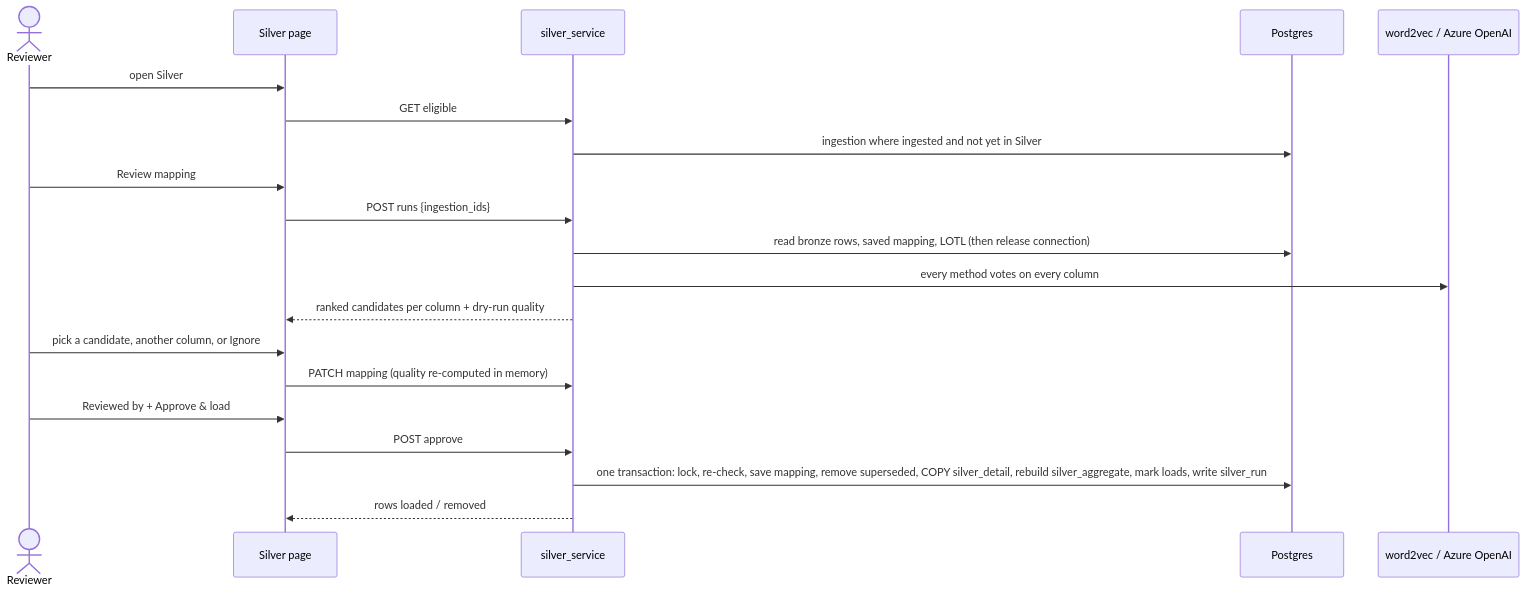
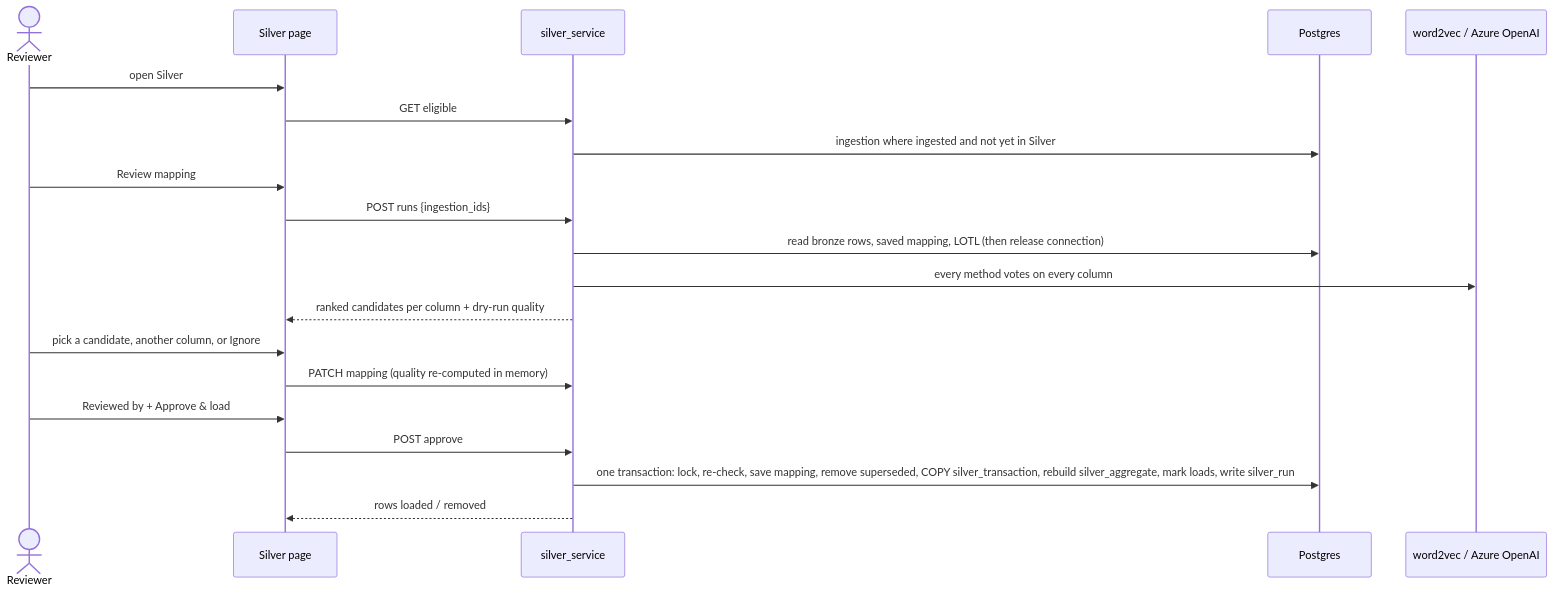
One commit to rahul-neogi-exavalu/Dirty_excel_cleaner changed the second of 2 diagrams in enhancements/BRONZE_TO_SILVER.md. Above: the diagram before and after it, drawn with Mermaid. The commit also changed other lines of this file and 42 other files, not shown here.

````diff
--- a/enhancements/BRONZE_TO_SILVER.md
+++ b/enhancements/BRONZE_TO_SILVER.md
@@ -169,22 +169,22 @@
 ```mermaid
 sequenceDiagram
     actor Reviewer
     participant UI as Silver page
     participant S as silver_service
     participant DB as Postgres
     participant AI as word2vec / Azure OpenAI
     Reviewer->>UI: open Silver
     UI->>S: GET eligible
     S->>DB: ingestion where ingested and not yet in Silver
     Reviewer->>UI: Review mapping
     UI->>S: POST runs {ingestion_ids}
     S->>DB: read bronze rows, saved mapping, LOTL (then release connection)
     S->>AI: every method votes on every column
     S-->>UI: ranked candidates per column + dry-run quality
     Reviewer->>UI: pick a candidate, another column, or Ignore
     UI->>S: PATCH mapping (quality re-computed in memory)
     Reviewer->>UI: Reviewed by + Approve & load
     UI->>S: POST approve
-    S->>DB: one transaction: lock, re-check, save mapping, remove superseded, COPY silver_detail, rebuild silver_aggregate, mark loads, write silver_run
+    S->>DB: one transaction: lock, re-check, save mapping, remove superseded, COPY silver_transaction, rebuild silver_aggregate, mark loads, write silver_run
     S-->>UI: rows loaded / removed
 ```
````
